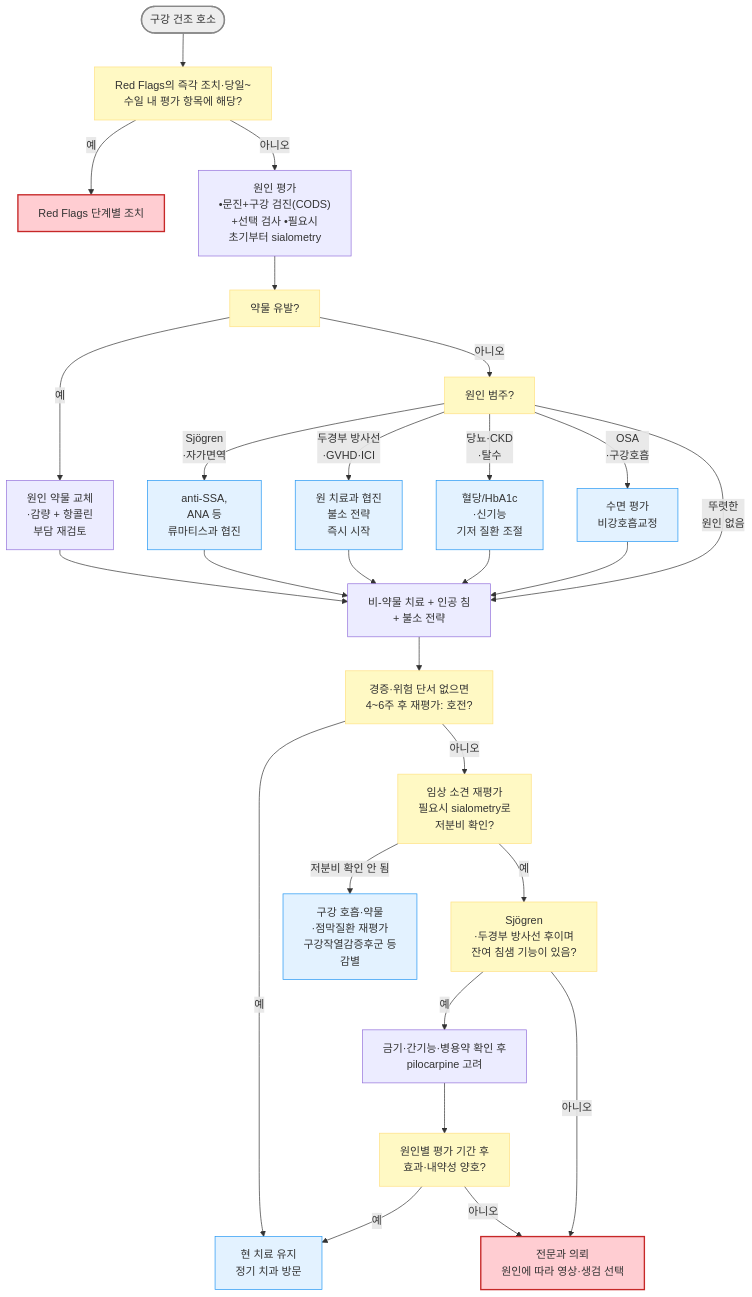
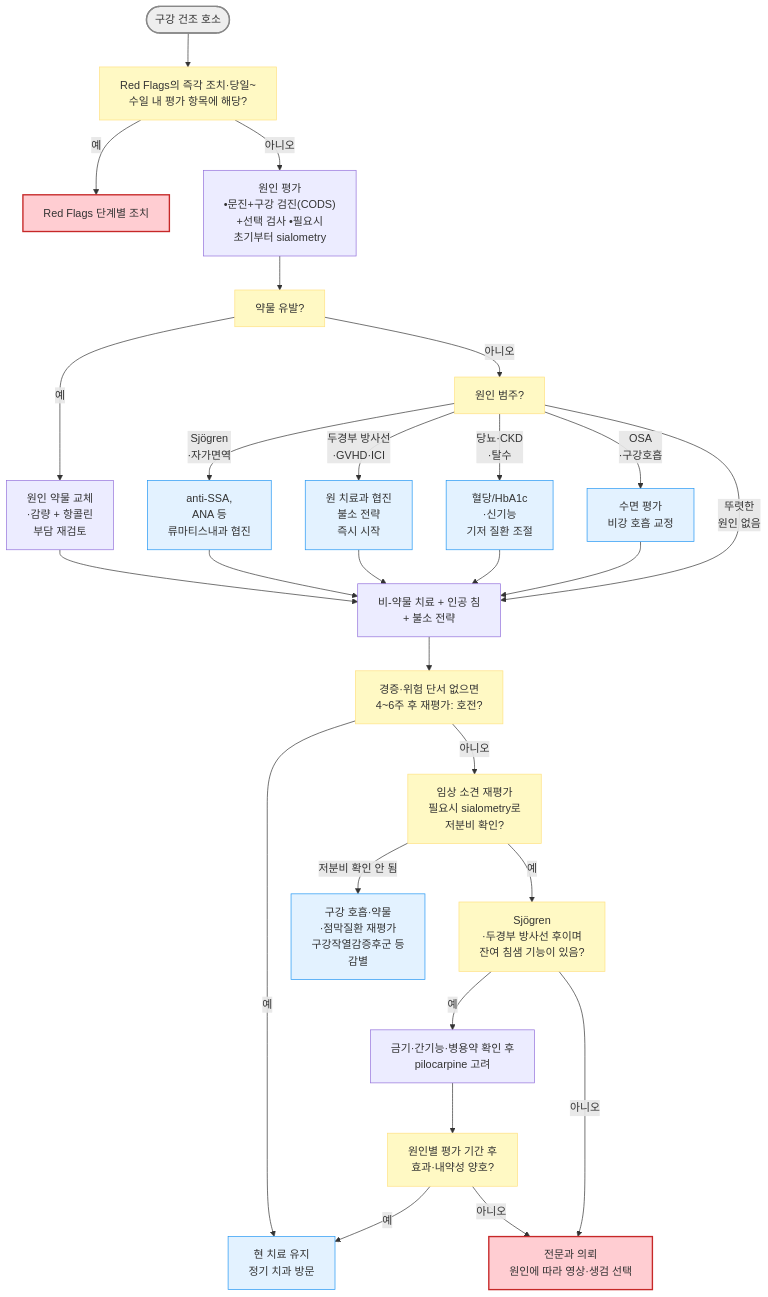
One commit to familyoh77/familyoh77 changed the diagram in 222_/056_-dry-mouth.md. Above: the diagram before and after it, drawn with Mermaid. The commit also changed other lines of this file and 1 other file, not shown here.

````diff
--- a/222_/056_-dry-mouth.md
+++ b/222_/056_-dry-mouth.md
@@ -159,38 +160,38 @@
 ```mermaid
 graph TD
     A(["구강 건조 호소"]) --> B["Red Flags의 즉각 조치·당일~수일 내 평가 항목에 해당?"]
     B -- 예 --> C["Red Flags 단계별 조치"]
     B -- 아니오 --> D["원인 평가<br/>•문진+구강 검진(CODS)<br/>+선택 검사 •필요시 <br/>초기부터 sialometry"]
     D --> E["약물 유발?"]
     E -- 예 --> F["원인 약물 교체<br/>·감량 + 항콜린 <br/>부담 재검토"]
     E -- 아니오 --> G["원인 범주?"]
-    G -- "Sjögren<br/>·자가면역" --> H["anti-SSA, <br/>ANA 등<br/>류마티스과 협진"]
+    G -- "Sjögren<br/>·자가면역" --> H["anti-SSA, <br/>ANA 등<br/>류마티스내과 협진"]
     G -- "두경부 방사선<br/>·GVHD·ICI" --> S["원 치료과 협진<br/>불소 전략 <br/>즉시 시작"]
     G -- "당뇨·CKD<br/>·탈수" --> I["혈당/HbA1c<br/>·신기능<br/>기저 질환 조절"]
-    G -- "OSA<br/>·구강호흡" --> P["수면 평가<br/>비강호흡교정"]
+    G -- "OSA<br/>·구강호흡" --> P["수면 평가<br/>비강 호흡 교정"]
     G -- "뚜렷한 <br/>원인 없음" --> J
     F --> J["비-약물 치료 + 인공 침<br/>+ 불소 전략"]
     H --> J
     S --> J
     I --> J
     P --> J
     J --> K["경증·위험 단서 없으면<br/>4~6주 후 재평가: 호전?"]
     K -- 예 --> M["현 치료 유지<br/>정기 치과 방문"]
     K -- 아니오 --> Q["임상 소견 재평가<br/>필요시 sialometry로 <br/>저분비 확인?"]
     Q -- "저분비 확인 안 됨" --> R["구강 호흡·약물<br/>·점막질환 재평가<br/>구강작열감증후군 등 <br/>감별"]
     Q -- 예 --> T["Sjögren<br/>·두경부 방사선 후이며<br/>잔여 침샘 기능이 있음?"]
     T -- 예 --> L["금기·간기능·병용약 확인 후<br/>pilocarpine 고려"]
     T -- 아니오 --> O
     L --> N["원인별 평가 기간 후<br/>효과·내약성 양호?"]
     N -- 예 --> M
     N -- 아니오 --> O["전문과 의뢰<br/>원인에 따라 영상·생검 선택"]
     style A fill:#eeeeee,stroke:#888888,stroke-width:2px
     classDef yellow fill:#fff9c4,stroke:#ffe082
     class B,E,G,K,Q,T,N yellow
     classDef sky fill:#e3f2ff,stroke:#2196f3
     class H,S,I,P,R,M sky
     style C fill:#ffcdd2,stroke:#c62828,stroke-width:2px
     style O fill:#ffcdd2,stroke:#c62828,stroke-width:2px
 
 
 ```
````
